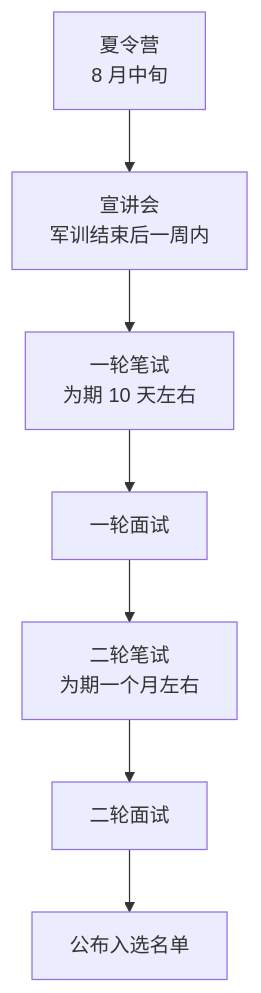
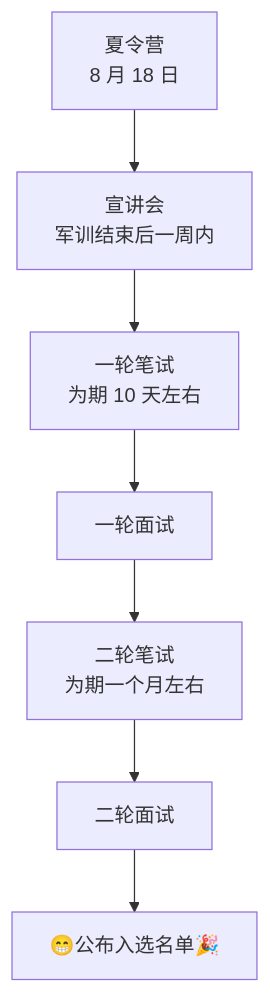
Before and after one commit to Lingrui-Studio/noob_guide: the diagram in docs/plan.md, drawn with Mermaid. The commit also changed other lines of this file, not shown here.

Commit message:
plan: recruitment flow explanation

````diff
--- a/docs/plan.md
+++ b/docs/plan.md
@@ -74,9 +75,9 @@
-``` mermaid
+```mermaid
 graph TD
-  A[夏令营<br>8 月中旬] --> B[宣讲会<br>军训结束后一周内]
+  A[夏令营<br>8 月 18 日] --> B[宣讲会<br>军训结束后一周内]
   B --> C[一轮笔试<br>为期 10 天左右]
   C --> D[一轮面试]
   D --> E[二轮笔试<br>为期一个月左右]
   E --> F[二轮面试]
-  F --> G[公布入选名单]
+  F --> G[😁公布入选名单🎉]
 ```
````
